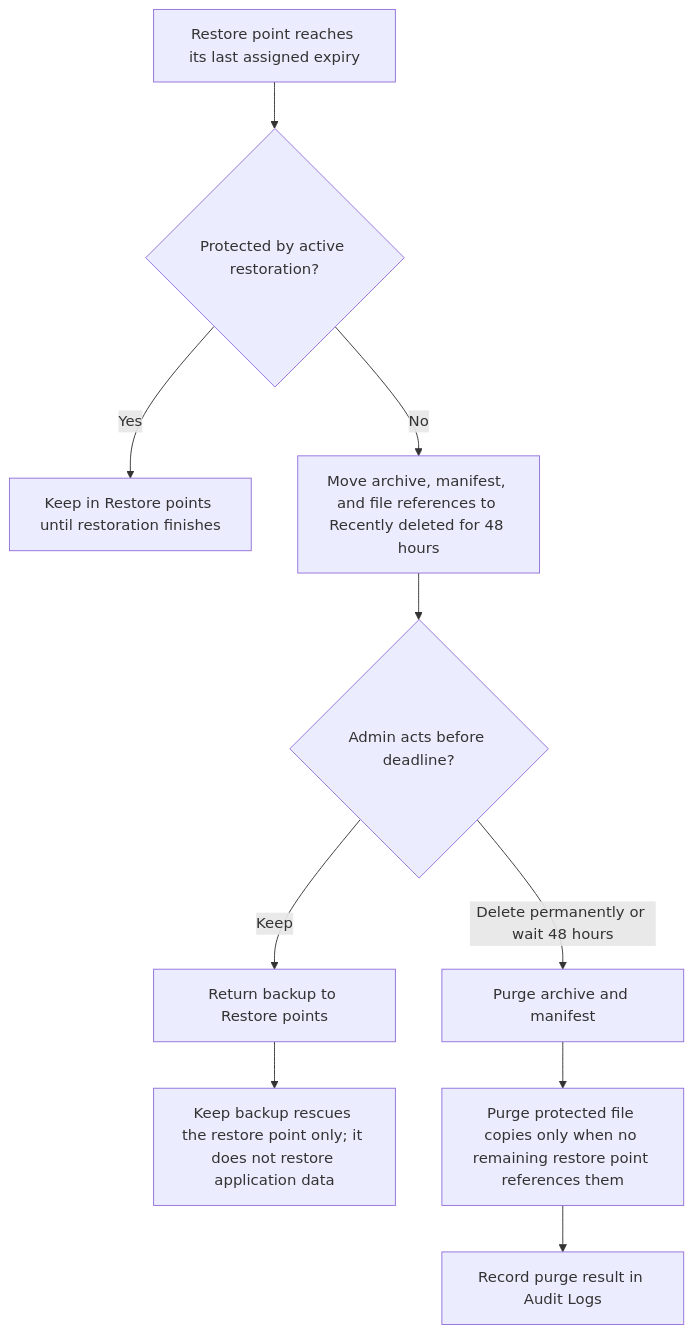
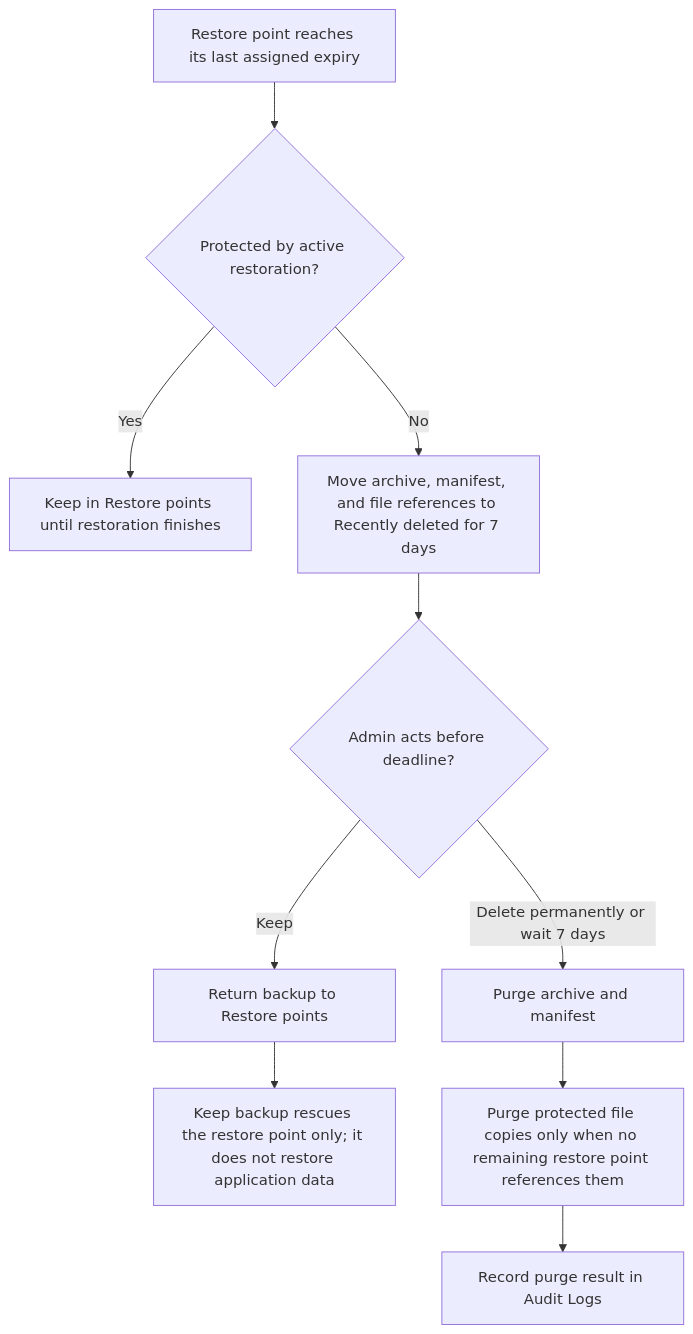
Before and after one commit to ja2gc/Nutriscope: the second of 4 diagrams in docs/modules/Flowcharts/Backup and Recovery.md, drawn with Mermaid. The commit also changed other lines of this file and 63 other files, not shown here.

````diff
--- a/docs/modules/Flowcharts/Backup and Recovery.md
+++ b/docs/modules/Flowcharts/Backup and Recovery.md
@@ -38,12 +38,12 @@
 ```mermaid
 flowchart TD
     A["Restore point reaches its last assigned expiry"] --> B{"Protected by active restoration?"}
     B -->|"Yes"| C["Keep in Restore points until restoration finishes"]
-    B -->|"No"| D["Move archive, manifest, and file references to Recently deleted for 48 hours"]
+    B -->|"No"| D["Move archive, manifest, and file references to Recently deleted for 7 days"]
     D --> E{"Admin acts before deadline?"}
     E -->|"Keep"| F["Return backup to Restore points"]
     F --> G["Keep backup rescues the restore point only; it does not restore application data"]
-    E -->|"Delete permanently or wait 48 hours"| H["Purge archive and manifest"]
+    E -->|"Delete permanently or wait 7 days"| H["Purge archive and manifest"]
     H --> I["Purge protected file copies only when no remaining restore point references them"]
     I --> J["Record purge result in Audit Logs"]
 ```
````
